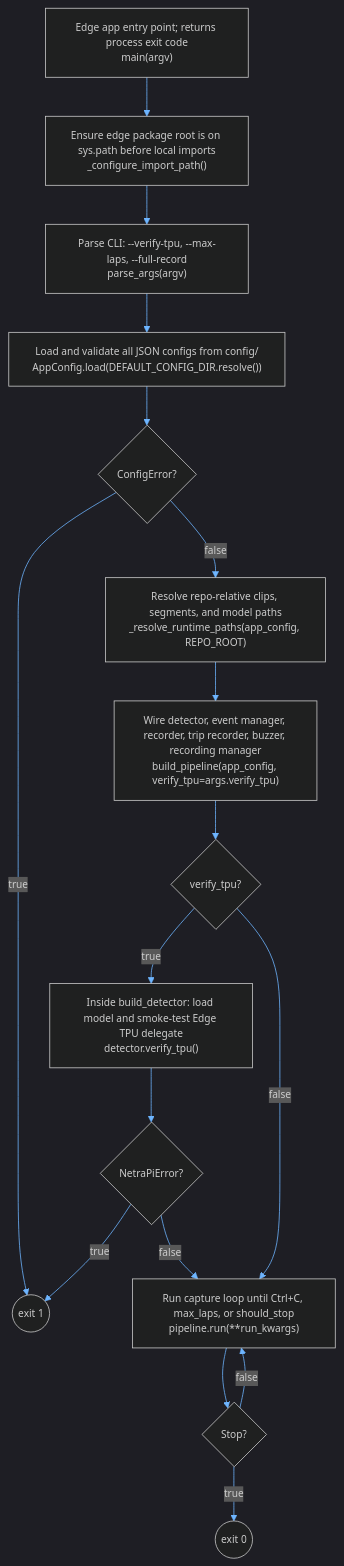
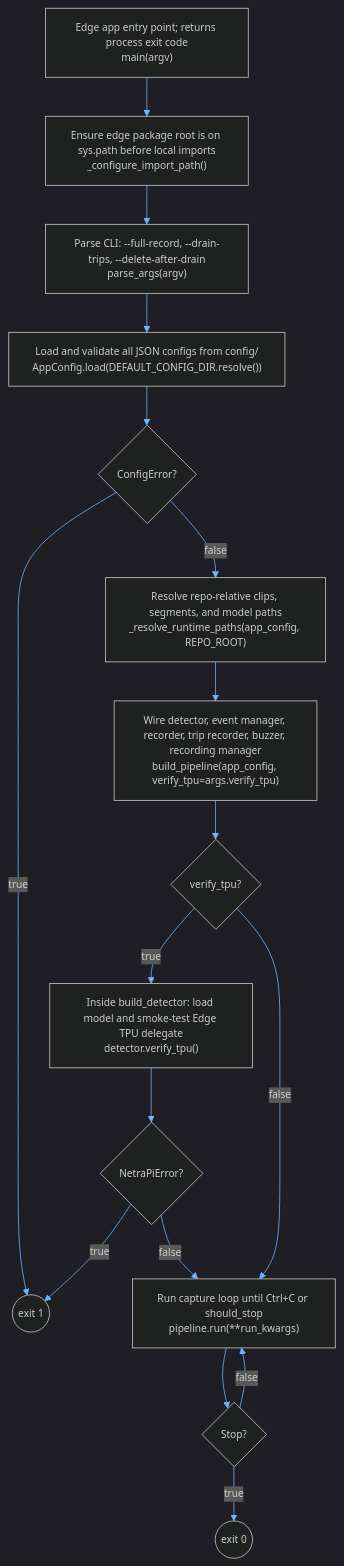
The first of 15 diagrams in project_management/diagrams/event_clip_pipeline.md (GregT7/NetraPi), drawn with Mermaid before and after one commit. The commit also changed other lines of this file and 71 other files, not shown here.

````diff
--- a/project_management/diagrams/event_clip_pipeline.md
+++ b/project_management/diagrams/event_clip_pipeline.md
@@ -35,29 +35,29 @@
 ```mermaid
 %%{init: {'theme': 'dark', 'themeVariables': { 'primaryTextColor': '#e6e6e6', 'lineColor': '#6eb5ff', 'fontSize': '13px'}}}%%
 flowchart TB
     MAIN["Edge app entry point; returns process exit code<br/>main(argv)"]
     PATH["Ensure edge package root is on sys.path before local imports<br/>_configure_import_path()"]
-    ARGS["Parse CLI: --verify-tpu, --max-laps, --full-record<br/>parse_args(argv)"]
+    ARGS["Parse CLI: --full-record, --drain-trips, --delete-after-drain<br/>parse_args(argv)"]
     LOAD["Load and validate all JSON configs from config/<br/>AppConfig.load(DEFAULT_CONFIG_DIR.resolve())"]
     CE{"ConfigError?"}
     RESOLVE["Resolve repo-relative clips, segments, and model paths<br/>_resolve_runtime_paths(app_config, REPO_ROOT)"]
     BUILD["Wire detector, event manager, recorder, trip recorder, buzzer, recording manager<br/>build_pipeline(app_config, verify_tpu=args.verify_tpu)"]
     VT{"verify_tpu?"}
     VERIFY["Inside build_detector: load model and smoke-test Edge TPU delegate<br/>detector.verify_tpu()"]
     NE{"NetraPiError?"}
-    RUN["Run capture loop until Ctrl+C, max_laps, or should_stop<br/>pipeline.run(**run_kwargs)"]
+    RUN["Run capture loop until Ctrl+C or should_stop<br/>pipeline.run(**run_kwargs)"]
     KI{"Stop?"}
     OK((exit 0))
     ERR1((exit 1))
 
     MAIN --> PATH --> ARGS --> LOAD --> CE
     CE -->|true| ERR1
     CE -->|false| RESOLVE --> BUILD --> VT
     VT -->|true| VERIFY --> NE
     VT -->|false| RUN
     NE -->|true| ERR1
     NE -->|false| RUN
     RUN --> KI
     KI -->|true| OK
     KI -->|false| RUN
 ```
````
